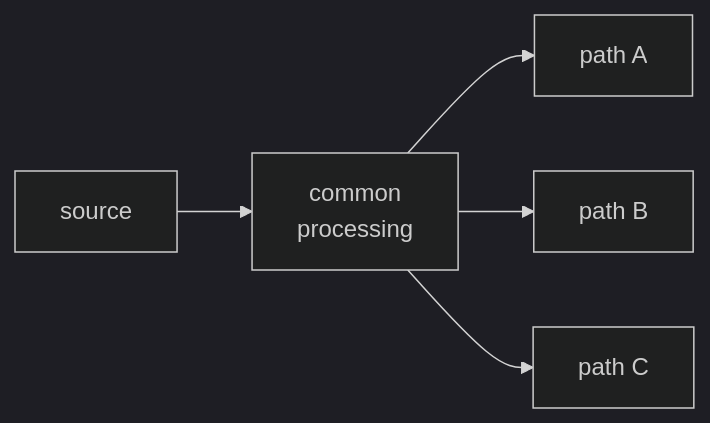
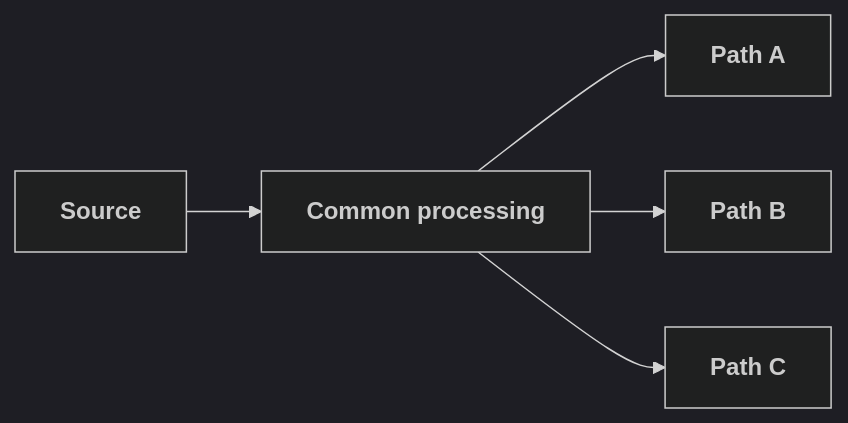
One commit to FAST-HEP/fasthep-flow changed the first of 8 diagrams in docs/execution/graph-structure.md. Above: the diagram before and after it, drawn with Mermaid (dark theme). The commit also changed other lines of this file and 7 other files, not shown here.

````diff
--- a/docs/execution/graph-structure.md
+++ b/docs/execution/graph-structure.md
@@ -7,13 +7,13 @@
 ```{mermaid}
 flowchart LR
-    Source["source"]
-    Common["common<br/>processing"]
-    A["path A"]
-    B["path B"]
-    C["path C"]
+    Source["<b>Source</b>"]:::source
+    Common["<b>Common processing</b>"]:::transform
+    A["<b>Path A</b>"]:::transform
+    B["<b>Path B</b>"]:::transform
+    C["<b>Path C</b>"]:::transform
 
     Source --> Common
     Common --> A
     Common --> B
     Common --> C
 ```
````
